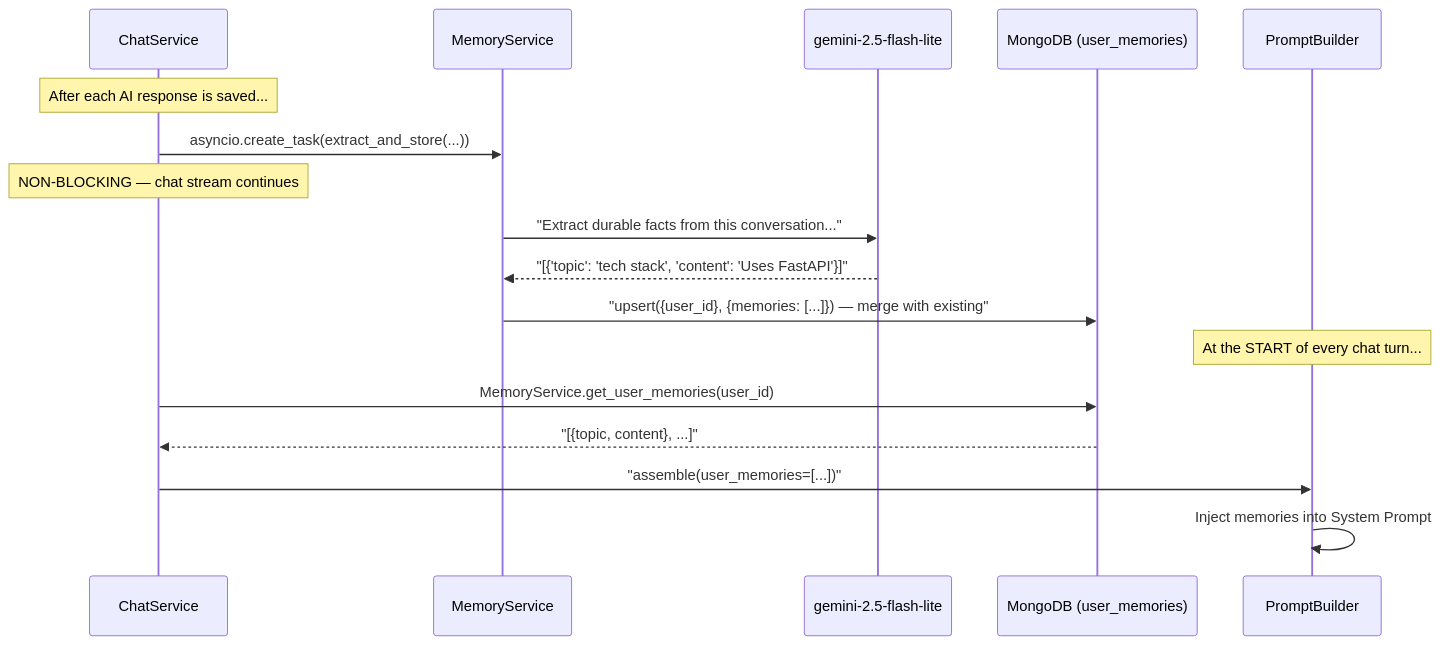
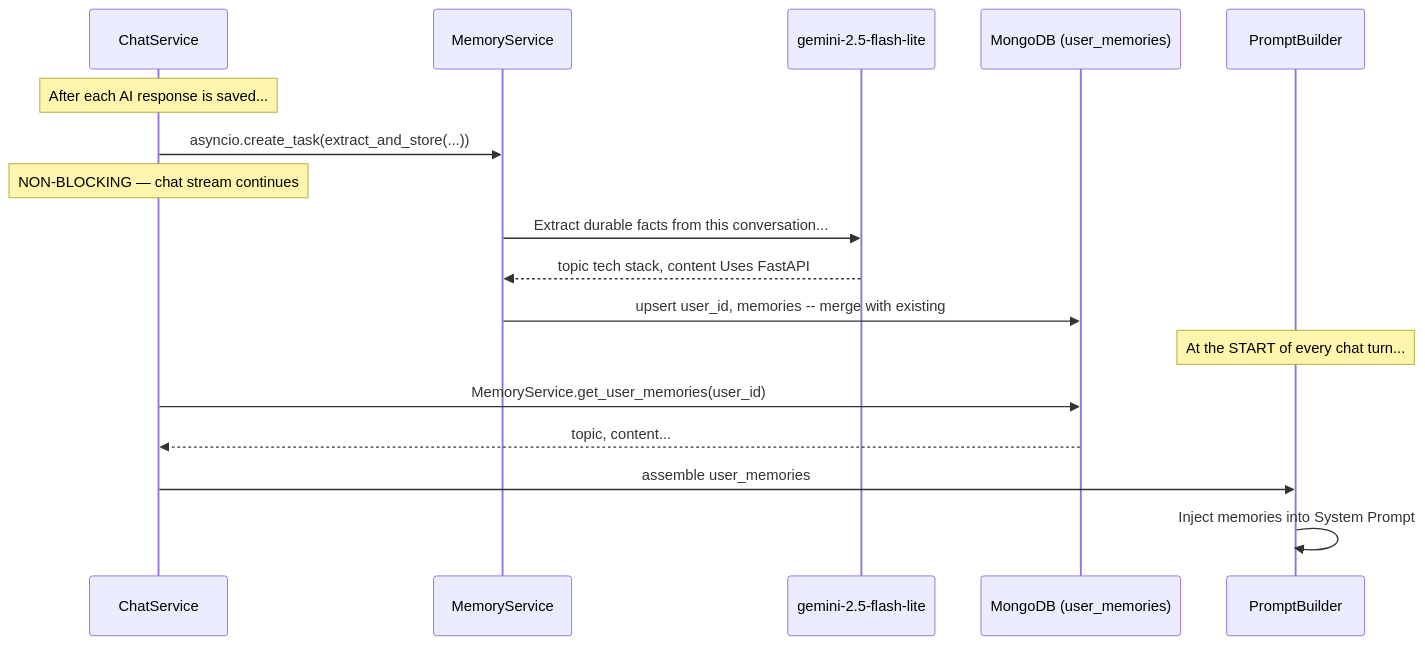
One commit to ankit-raj00/Chatbot_backend changed the ninth of 12 diagrams in README.md. Above: the diagram before and after it, drawn with Mermaid. The commit also changed other lines of this file, not shown here.

Commit message:
docs: strip all special chars from sequence diagrams for github compatibility

````diff
--- a/README.md
+++ b/README.md
@@ -581,22 +581,22 @@
 ```mermaid
 sequenceDiagram
     participant CS as ChatService
     participant MS as MemoryService
     participant GEMINI as gemini-2.5-flash-lite
     participant MONGO as MongoDB (user_memories)
     participant PB as PromptBuilder
 
     Note over CS: After each AI response is saved...
     CS->>MS: asyncio.create_task(extract_and_store(...))
     Note over CS: NON-BLOCKING — chat stream continues
 
-    MS->>GEMINI: "Extract durable facts from this conversation..."
-    GEMINI-->>MS: "[{'topic': 'tech stack', 'content': 'Uses FastAPI'}]"
-    MS->>MONGO: "upsert({user_id}, {memories: [...]}) — merge with existing"
+    MS->>GEMINI: Extract durable facts from this conversation...
+    GEMINI-->>MS: topic tech stack, content Uses FastAPI
+    MS->>MONGO: upsert user_id, memories -- merge with existing
 
     Note over PB: At the START of every chat turn...
     CS->>MONGO: MemoryService.get_user_memories(user_id)
-    MONGO-->>CS: "[{topic, content}, ...]"
-    CS->>PB: "assemble(user_memories=[...])"
+    MONGO-->>CS: topic, content...
+    CS->>PB: assemble user_memories
     PB->>PB: Inject memories into System Prompt
 ```
````
